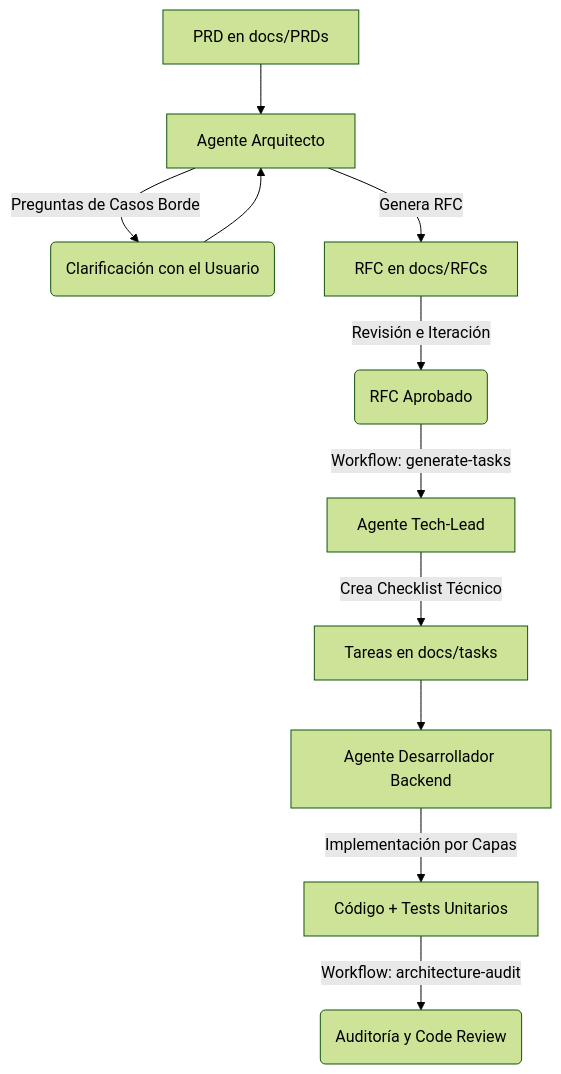
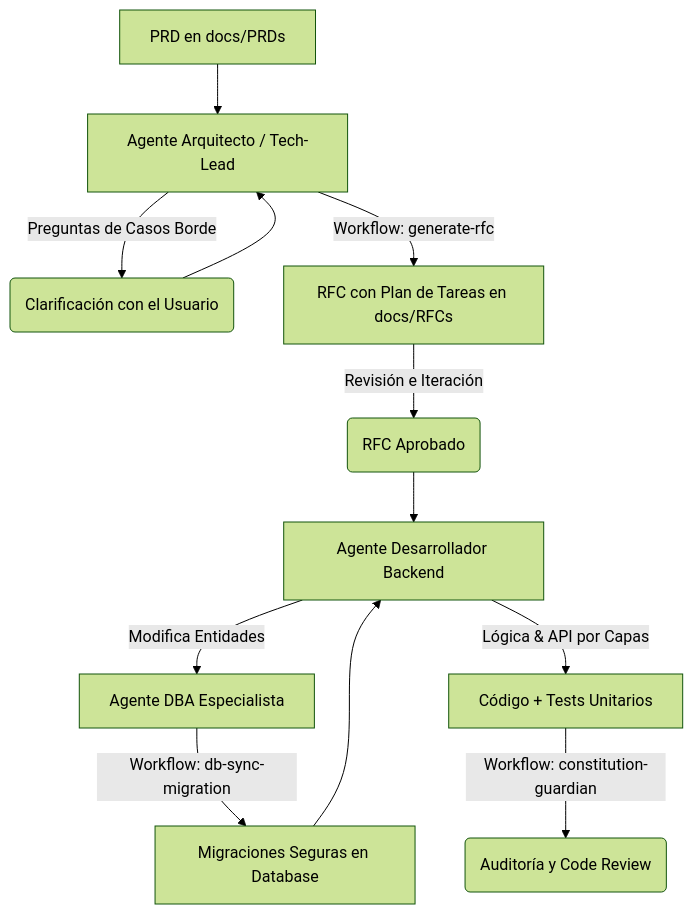
The diagram in docs/guia-agentes.md (fedelopezing/vyma_backend), drawn with Mermaid (forest theme) before and after one commit. The commit also changed other lines of this file and 28 other files, not shown here.

````diff
--- a/docs/guia-agentes.md
+++ b/docs/guia-agentes.md
@@ -15,13 +17,14 @@
 ```mermaid
 graph TD
-    A[PRD en docs/PRDs] --> B[Agente Arquitecto]
+    A[PRD en docs/PRDs] --> B[Agente Arquitecto / Tech-Lead]
     B -->|Preguntas de Casos Borde| C(Clarificación con el Usuario)
     C --> B
-    B -->|Genera RFC| D[RFC en docs/RFCs]
+    B -->|Workflow: generate-rfc| D[RFC con Plan de Tareas en docs/RFCs]
     D -->|Revisión e Iteración| E(RFC Aprobado)
-    E -->|Workflow: generate-tasks| F[Agente Tech-Lead]
-    F -->|Crea Checklist Técnico| G[Tareas en docs/tasks]
-    G --> H[Agente Desarrollador Backend]
-    H -->|Implementación por Capas| I[Código + Tests Unitarios]
-    I -->|Workflow: architecture-audit| J(Auditoría y Code Review)
+    E --> H[Agente Desarrollador Backend]
+    H -->|Modifica Entidades| K[Agente DBA Especialista]
+    K -->|Workflow: db-sync-migration| L[Migraciones Seguras en Database]
+    L --> H
+    H -->|Lógica & API por Capas| I[Código + Tests Unitarios]
+    I -->|Workflow: constitution-guardian| J(Auditoría y Code Review)
 ```
````
